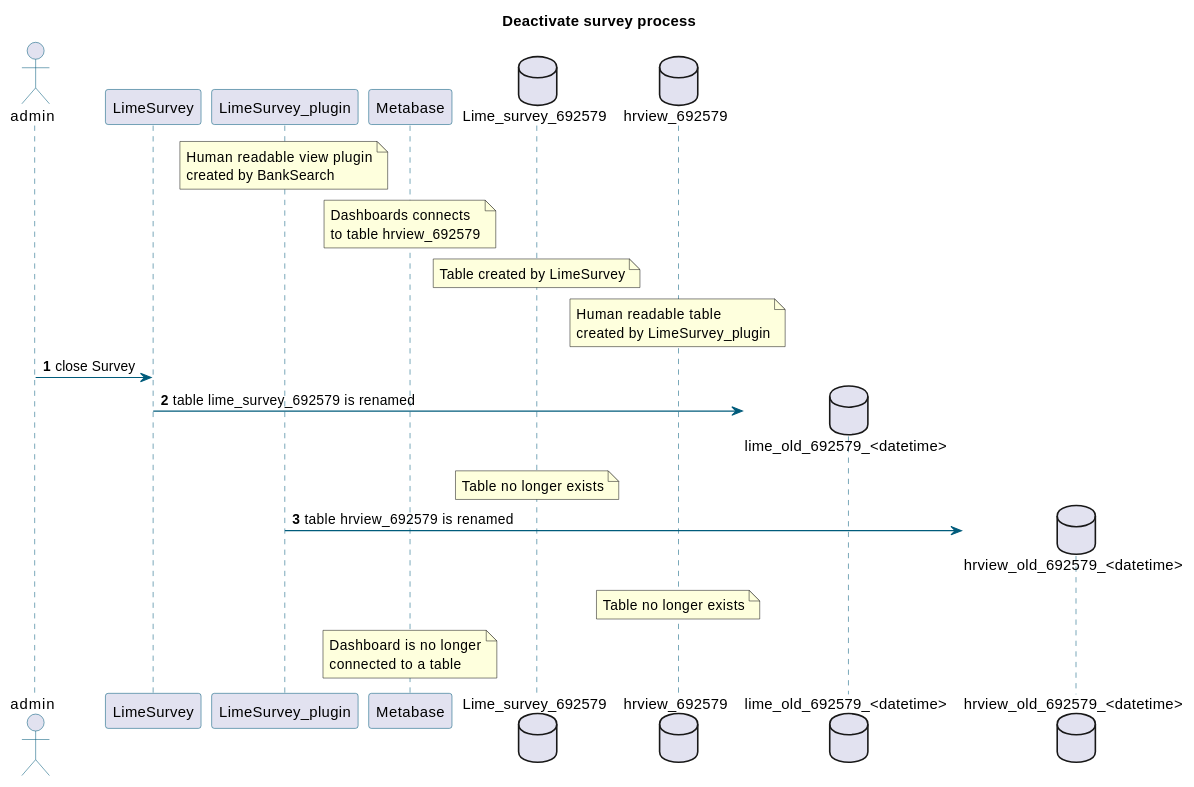
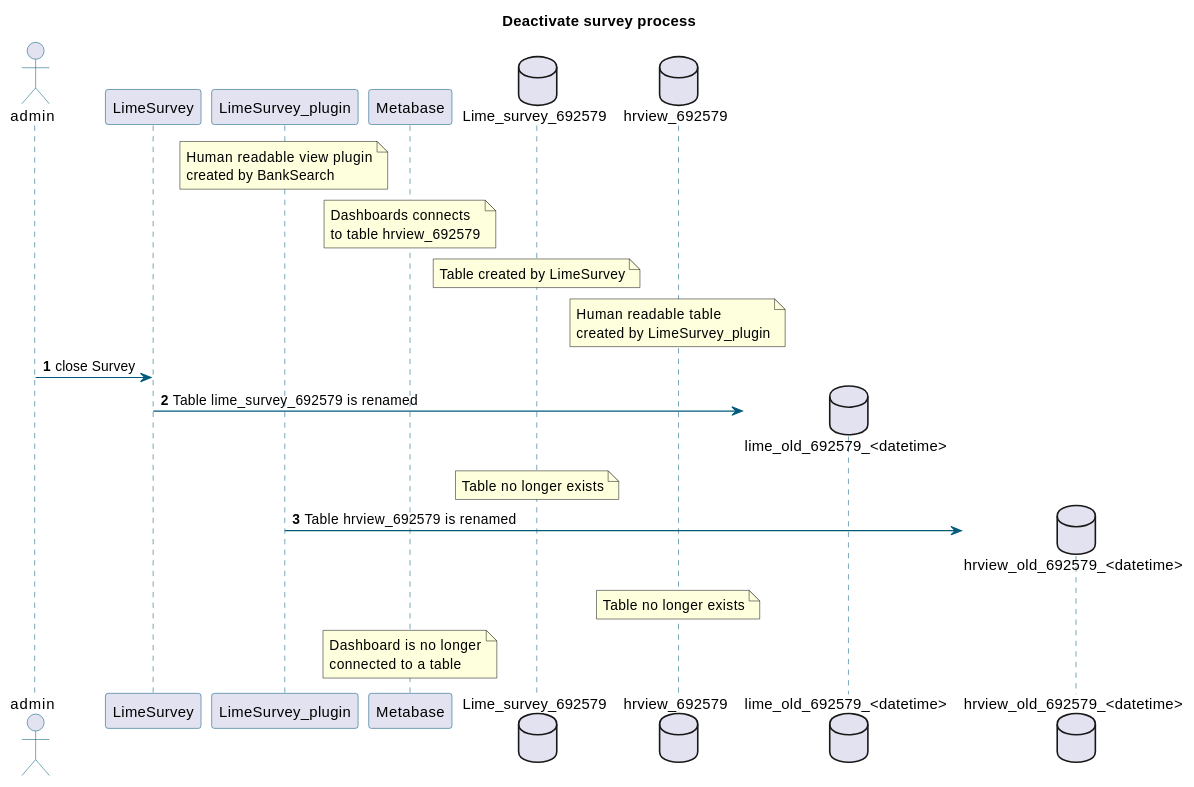
Before and after one commit to msdcanderson/bcu: the second of 4 diagrams in bcu-docs/docs/flowcharts.md, drawn with PlantUML. The commit also changed other lines of this file, not shown here.

````diff
--- a/bcu-docs/docs/flowcharts.md
+++ b/bcu-docs/docs/flowcharts.md
@@ -52,39 +52,39 @@
 ```uml
 @startuml
 autonumber
 
 skinparam sequence {
 	ArrowColor #005B7B
 	ActorBorderColor #005B7B
 	LifeLineBorderColor #005B7B
 	ParticipantBorderColor #005B7B
 }
 
 title Deactivate survey process
 
 actor admin
 participant LimeSurvey
 participant LimeSurvey_plugin
 participant Metabase
 database Lime_survey_692579
 database hrview_692579
 
 note over LimeSurvey_plugin : Human readable view plugin\ncreated by BankSearch
 note over Metabase : Dashboards connects\nto table hrview_692579
 note over Lime_survey_692579 : Table created by LimeSurvey
 note over hrview_692579 : Human readable table\ncreated by LimeSurvey_plugin
 
 admin -> LimeSurvey : close Survey
 create database "lime_old_692579_<datetime>"
-LimeSurvey -> "lime_old_692579_<datetime>" : table lime_survey_692579 is renamed
+LimeSurvey -> "lime_old_692579_<datetime>" : Table lime_survey_692579 is renamed
 
 note over Lime_survey_692579 : Table no longer exists
 
 create database "hrview_old_692579_<datetime>"
-LimeSurvey_plugin -> "hrview_old_692579_<datetime>" : table hrview_692579 is renamed
+LimeSurvey_plugin -> "hrview_old_692579_<datetime>" : Table hrview_692579 is renamed
 
 note over hrview_692579 : Table no longer exists
 note over Metabase: Dashboard is no longer\nconnected to a table
 
 @enduml
 ```
````
